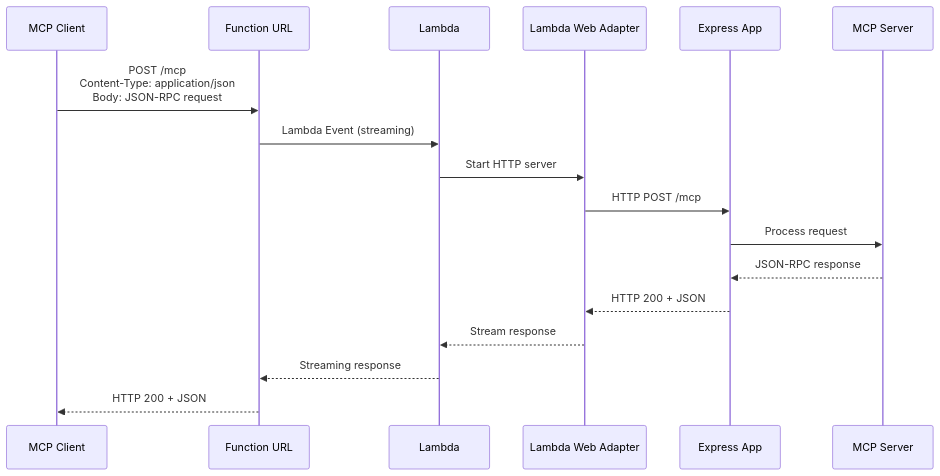
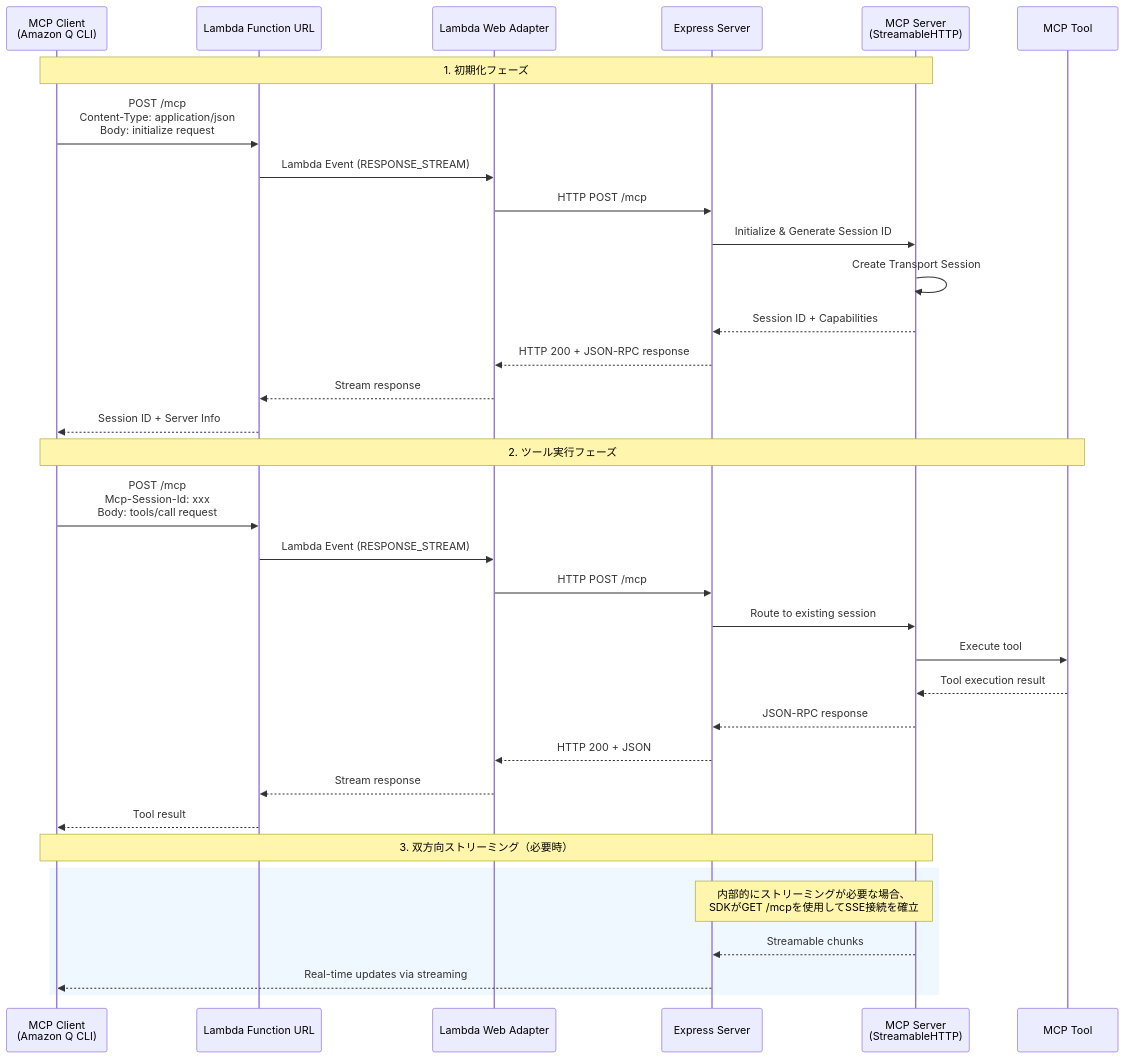
One commit to mzkmnk/aws-mcp-playground changed the second of 2 diagrams in README.md. Above: the diagram before and after it, drawn with Mermaid. The commit also changed other lines of this file, not shown here.

````diff
--- a/README.md
+++ b/README.md
@@ -73,20 +132,39 @@
 ```mermaid
 sequenceDiagram
-    participant Client as MCP Client
-    participant URL as Function URL
-    participant Lambda as Lambda
+    participant Client as MCP Client<br/>(Amazon Q CLI)
+    participant FnURL as Lambda Function URL
     participant LWA as Lambda Web Adapter
-    participant Express as Express App
-    participant MCP as MCP Server
+    participant Express as Express Server
+    participant MCP as MCP Server<br/>(StreamableHTTP)
+    participant Tool as MCP Tool
     
-    Client->>URL: POST /mcp<br/>Content-Type: application/json<br/>Body: JSON-RPC request
-    URL->>Lambda: Lambda Event (streaming)
-    Lambda->>LWA: Start HTTP server
+    Note over Client,MCP: 1. 初期化フェーズ
+    Client->>FnURL: POST /mcp<br/>Content-Type: application/json<br/>Body: initialize request
+    FnURL->>LWA: Lambda Event (RESPONSE_STREAM)
     LWA->>Express: HTTP POST /mcp
-    Express->>MCP: Process request
+    Express->>MCP: Initialize & Generate Session ID
+    MCP->>MCP: Create Transport Session
+    MCP-->>Express: Session ID + Capabilities
+    Express-->>LWA: HTTP 200 + JSON-RPC response
+    LWA-->>FnURL: Stream response
+    FnURL-->>Client: Session ID + Server Info
+    
+    Note over Client,Tool: 2. ツール実行フェーズ
+    Client->>FnURL: POST /mcp<br/>Mcp-Session-Id: xxx<br/>Body: tools/call request
+    FnURL->>LWA: Lambda Event (RESPONSE_STREAM)
+    LWA->>Express: HTTP POST /mcp
+    Express->>MCP: Route to existing session
+    MCP->>Tool: Execute tool
+    Tool-->>MCP: Tool execution result
     MCP-->>Express: JSON-RPC response
     Express-->>LWA: HTTP 200 + JSON
-    LWA-->>Lambda: Stream response
-    Lambda-->>URL: Streaming response
-    URL-->>Client: HTTP 200 + JSON
+    LWA-->>FnURL: Stream response
+    FnURL-->>Client: Tool result
+    
+    Note over Client,MCP: 3. 双方向ストリーミング（必要時）
+    rect rgb(240, 248, 255)
+        Note over MCP,Express: 内部的にストリーミングが必要な場合、<br/>SDKがGET /mcpを使用してSSE接続を確立
+        MCP-->>Express: Streamable chunks
+        Express-->>Client: Real-time updates via streaming
+    end
 ```
````
